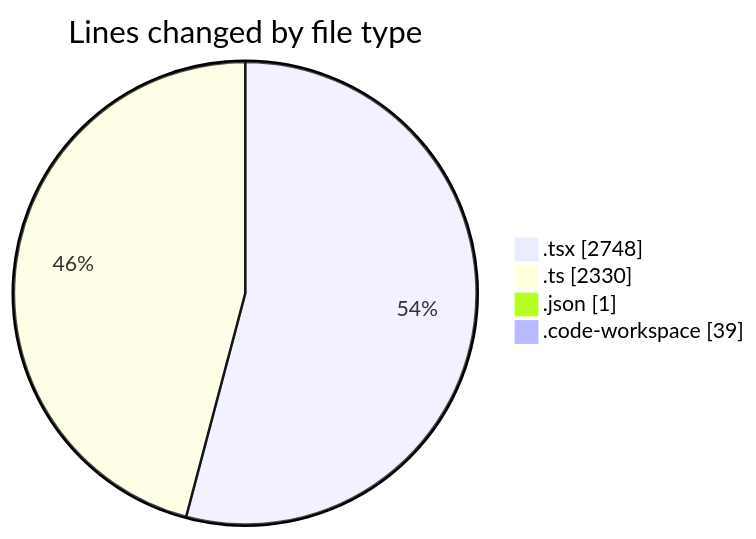
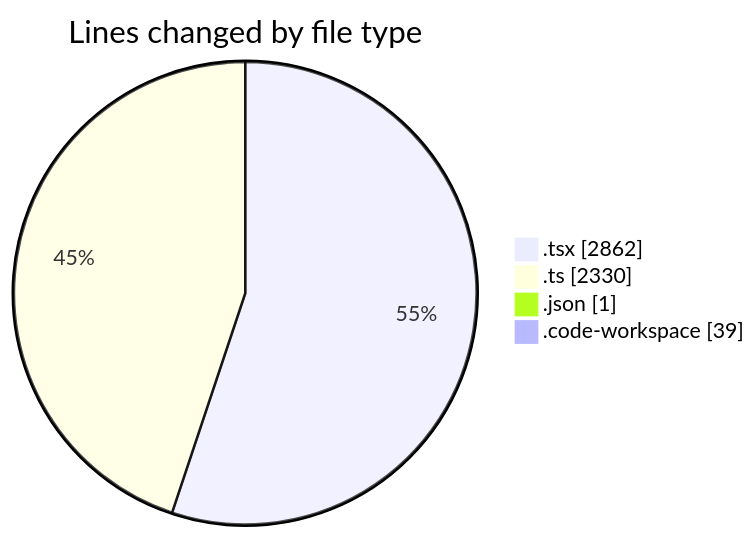
One commit to julien-gomy/code-tracking changed the first of 2 diagrams in 2025-10-08/eventscop-frontend-guide__workspace_/README.md. Above: the diagram before and after it, drawn with Mermaid. The commit also changed other lines of this file and 1 other file, not shown here.

````diff
--- a/2025-10-08/eventscop-frontend-guide__workspace_/README.md
+++ b/2025-10-08/eventscop-frontend-guide__workspace_/README.md
@@ -42,8 +44,8 @@
 ```mermaid
 pie showData
 title Lines changed by file type
-".tsx" : 2748
+".tsx" : 2862
 ".ts" : 2330
 ".json" : 1
 ".code-workspace" : 39
 ```
````
